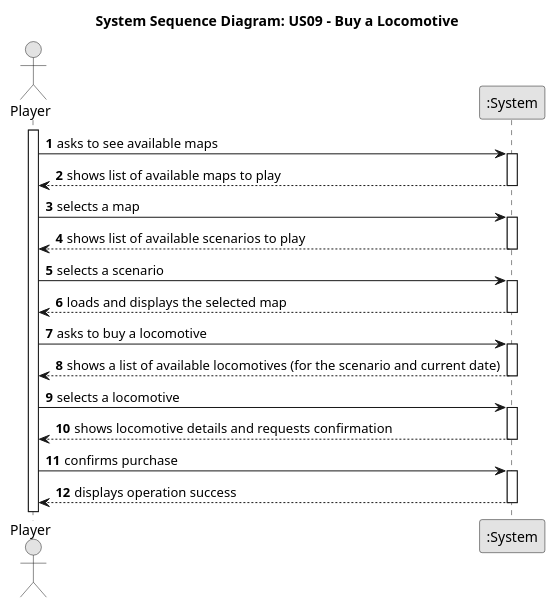
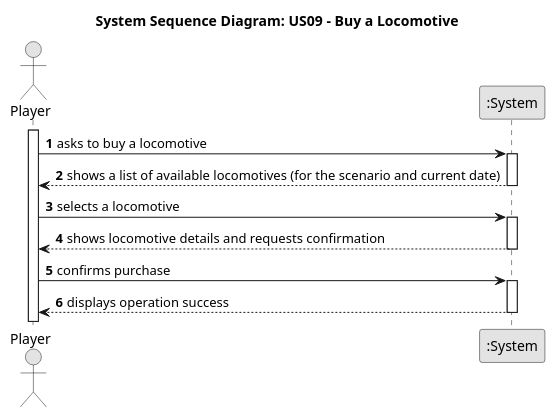
One commit to HenriqueSilva18/Railway-Network-Simulator changed the diagram in docs/system-documentation/Sprint 3/US09/01.requirements-engineering/puml/US09-SSD.puml. Above: the diagram before and after it, drawn with PlantUML. The commit also changed 43 other files, not shown here.

```diff
--- a/docs/system-documentation/Sprint 3/US09/01.requirements-engineering/puml/US09-SSD.puml
+++ b/docs/system-documentation/Sprint 3/US09/01.requirements-engineering/puml/US09-SSD.puml
@@ -1,47 +1,32 @@
 @startuml
 skinparam monochrome true
 skinparam packageStyle rectangle
 skinparam shadowing false
 
 autonumber
 
 title System Sequence Diagram: US09 - Buy a Locomotive
 
 actor "Player" as Player
 participant ":System" as System
 
 activate Player
-Player -> System: asks to see available maps
-activate System
-System --> Player: shows list of available maps to play
-deactivate System
-Player -> System: selects a map
-activate System
-System --> Player: shows list of available scenarios to play
-deactivate System
-Player -> System : selects a scenario
-activate System
-
-System --> Player: loads and displays the selected map
-deactivate System
-
-deactivate System
     Player -> System : asks to buy a locomotive
     activate System
 
         System --> Player : shows a list of available locomotives (for the scenario and current date)
     deactivate System
 
     Player -> System : selects a locomotive
     activate System
 
         System --> Player : shows locomotive details and requests confirmation
     deactivate System
 
     Player -> System : confirms purchase
     activate System
 
         System --> Player : displays operation success
     deactivate System
 
 @enduml
```
